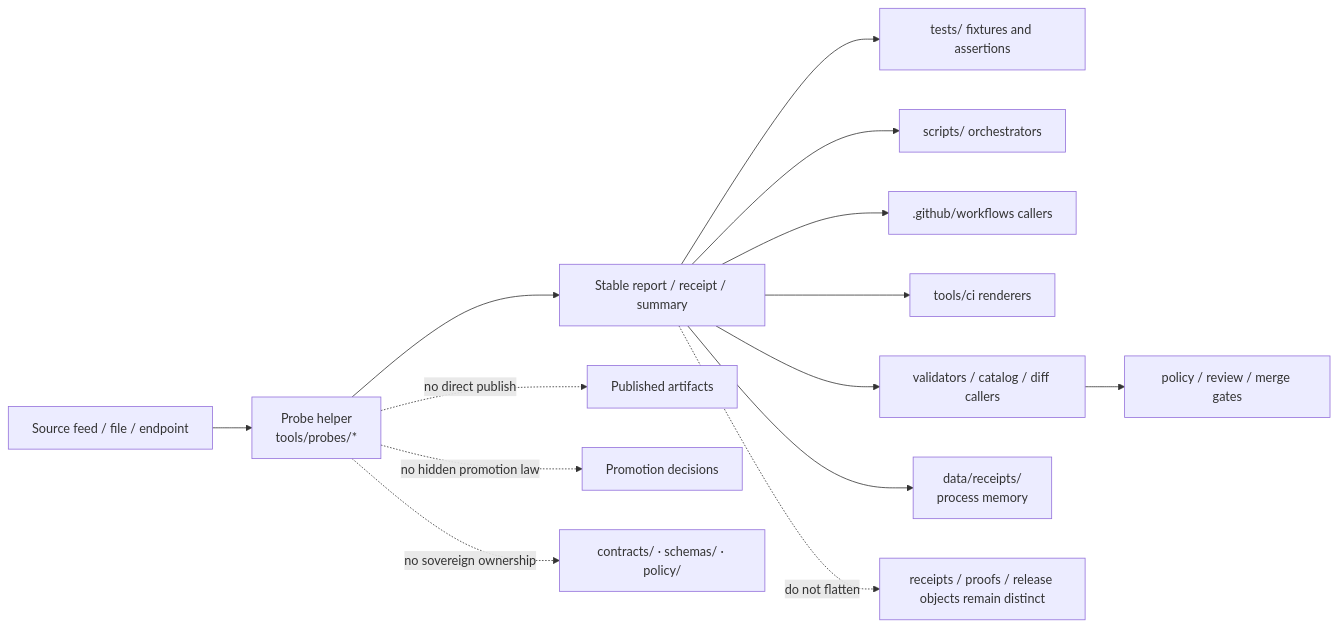
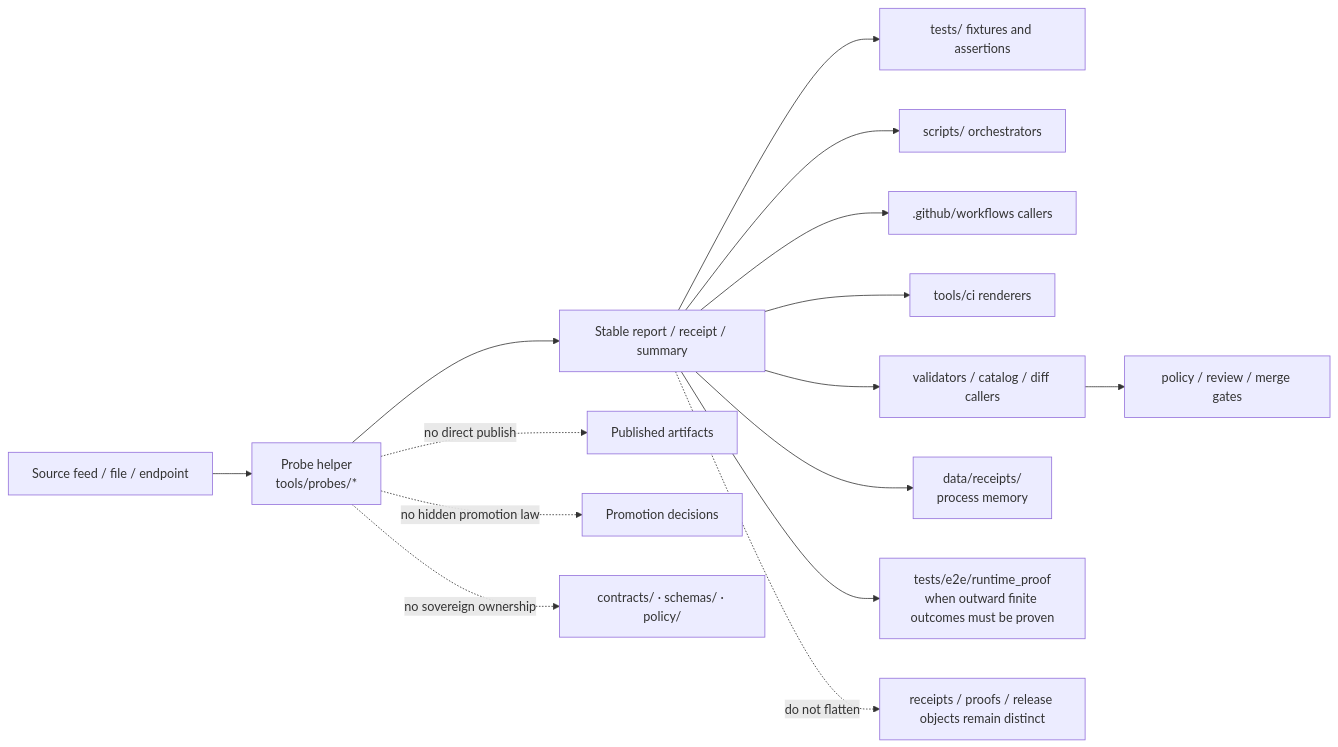
The first of 2 diagrams in tools/probes/README.md (bartytime4life/Kansas-Frontier-Matrix), drawn with Mermaid before and after one commit. The commit also changed other lines of this file, not shown here.

````diff
--- a/tools/probes/README.md
+++ b/tools/probes/README.md
@@ -504,18 +550,19 @@
 ```mermaid
 flowchart LR
     A[Source feed / file / endpoint] --> B[Probe helper<br/>tools/probes/*]
     B --> C[Stable report / receipt / summary]
     C --> D[tests/ fixtures and assertions]
     C --> E[scripts/ orchestrators]
     C --> F[.github/workflows callers]
     C --> G[tools/ci renderers]
     C --> H[validators / catalog / diff callers]
     C --> I[data/receipts/<br/>process memory]
 
     H --> J[policy / review / merge gates]
+    C --> K[tests/e2e/runtime_proof<br/>when outward finite outcomes must be proven]
 
-    B -. no direct publish .-> K[Published artifacts]
-    B -. no hidden promotion law .-> L[Promotion decisions]
-    B -. no sovereign ownership .-> M[contracts/ · schemas/ · policy/]
-    C -. do not flatten .-> N[receipts / proofs / release objects remain distinct]
+    B -. no direct publish .-> L[Published artifacts]
+    B -. no hidden promotion law .-> M[Promotion decisions]
+    B -. no sovereign ownership .-> N[contracts/ · schemas/ · policy/]
+    C -. do not flatten .-> O[receipts / proofs / release objects remain distinct]
 ```
````
